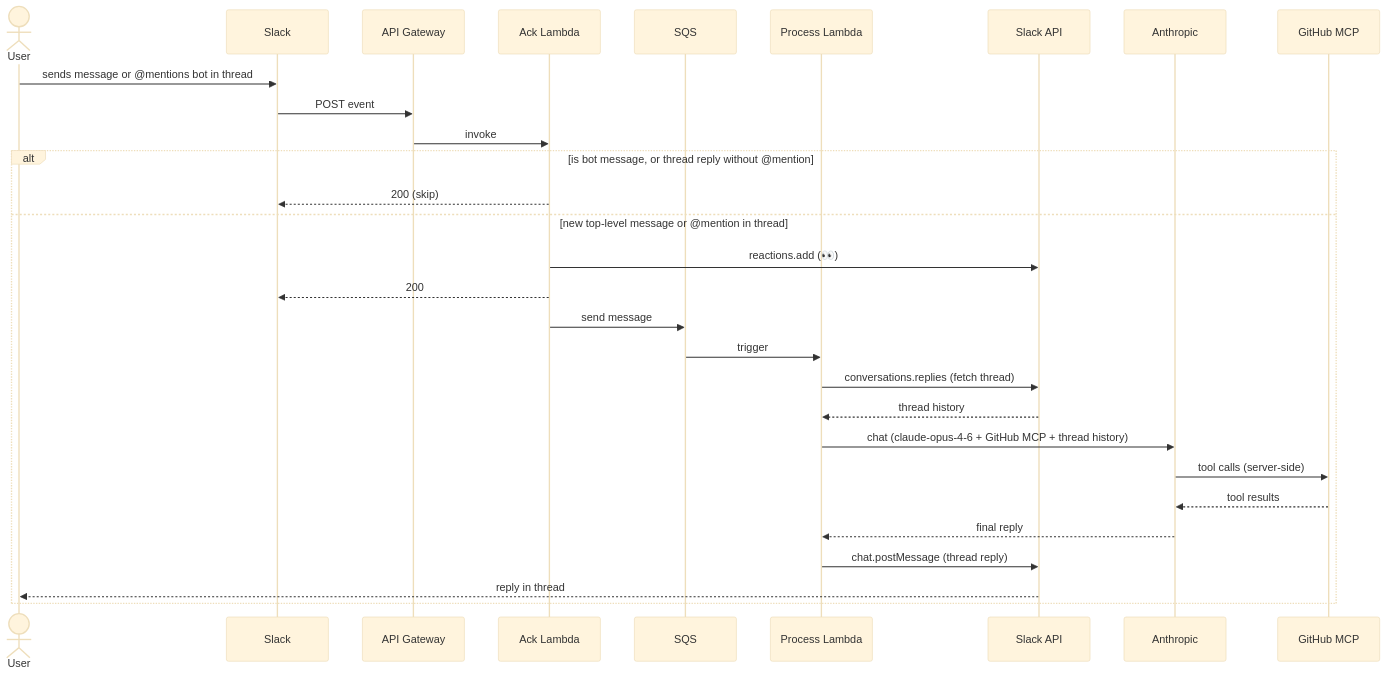
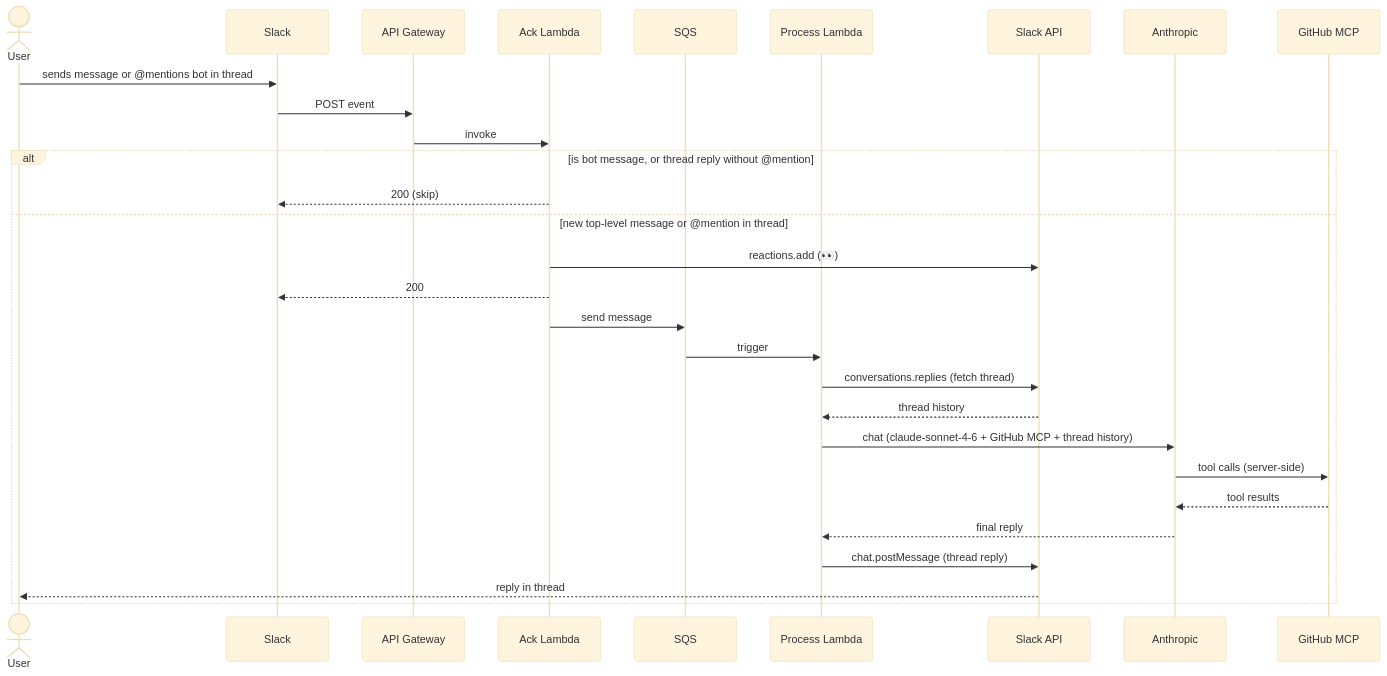
One commit to alecryan88/slack_bot changed the second of 2 diagrams in README.md. Above: the diagram before and after it, drawn with Mermaid (base theme). The commit also changed other lines of this file, not shown here.

````diff
--- a/README.md
+++ b/README.md
@@ -24,33 +24,33 @@
 ```mermaid
 sequenceDiagram
     actor User
     participant Slack
     participant API Gateway
     participant Ack Lambda
     participant SQS
     participant Process Lambda
     participant Slack API
     participant Anthropic
     participant GitHub MCP
 
     User->>Slack: sends message or @mentions bot in thread
     Slack->>API Gateway: POST event
     API Gateway->>Ack Lambda: invoke
 
     alt is bot message, or thread reply without @mention
         Ack Lambda-->>Slack: 200 (skip)
     else new top-level message or @mention in thread
         Ack Lambda->>Slack API: reactions.add (👀)
         Ack Lambda-->>Slack: 200
         Ack Lambda->>SQS: send message
         SQS->>Process Lambda: trigger
         Process Lambda->>Slack API: conversations.replies (fetch thread)
         Slack API-->>Process Lambda: thread history
-        Process Lambda->>Anthropic: chat (claude-opus-4-6 + GitHub MCP + thread history)
+        Process Lambda->>Anthropic: chat (claude-sonnet-4-6 + GitHub MCP + thread history)
         Anthropic->>GitHub MCP: tool calls (server-side)
         GitHub MCP-->>Anthropic: tool results
         Anthropic-->>Process Lambda: final reply
         Process Lambda->>Slack API: chat.postMessage (thread reply)
         Slack API-->>User: reply in thread
     end
 ```
````
